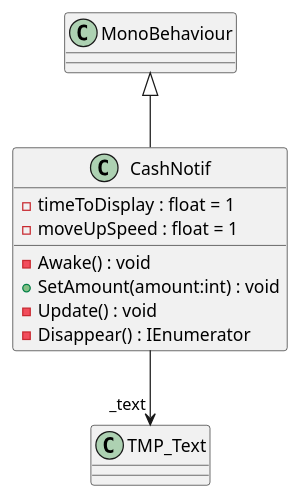
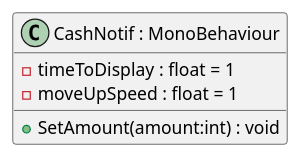
Before and after one commit to TechnicJelle/PlanesTowerDefence: the diagram in PlantUML/Entities/CashNotif.puml, drawn with PlantUML. The commit also changed 28 other files, not shown here.

First line of the commit message:
Manual tweaks of the UML diagrams

```diff
--- a/PlantUML/Entities/CashNotif.puml
+++ b/PlantUML/Entities/CashNotif.puml
@@ -1,12 +1,7 @@
 @startuml
-class CashNotif {
+class "CashNotif : MonoBehaviour" as CashNotif {
     - timeToDisplay : float = 1
     - moveUpSpeed : float = 1
-    - Awake() : void
     + SetAmount(amount:int) : void
-    - Update() : void
-    - Disappear() : IEnumerator
 }
-MonoBehaviour <|-- CashNotif
-CashNotif --> "_text" TMP_Text
 @enduml
```
